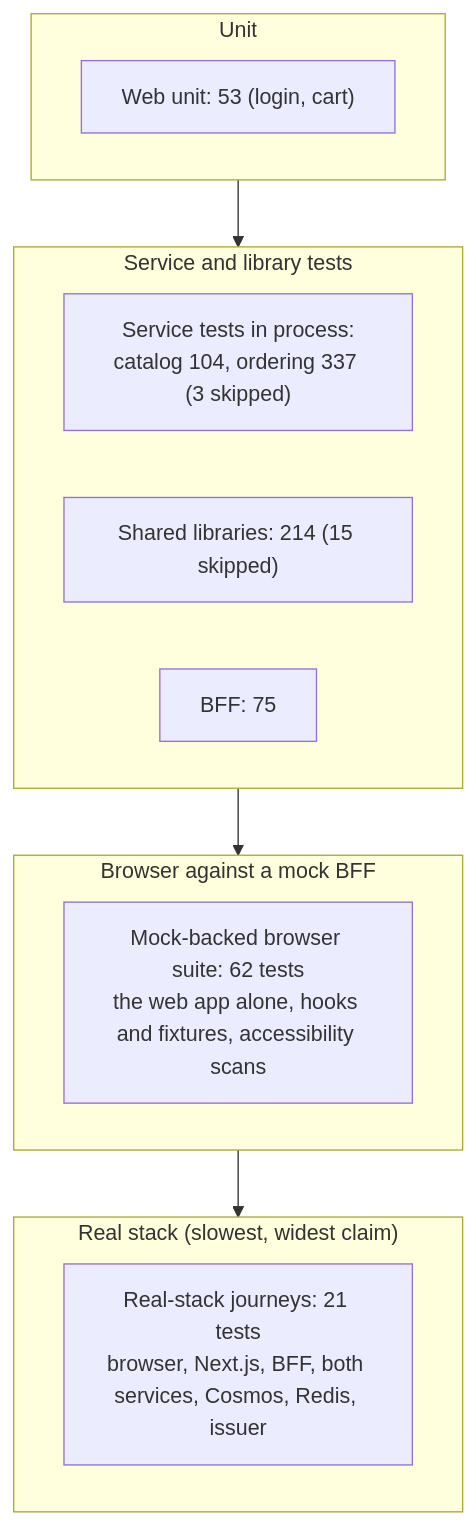
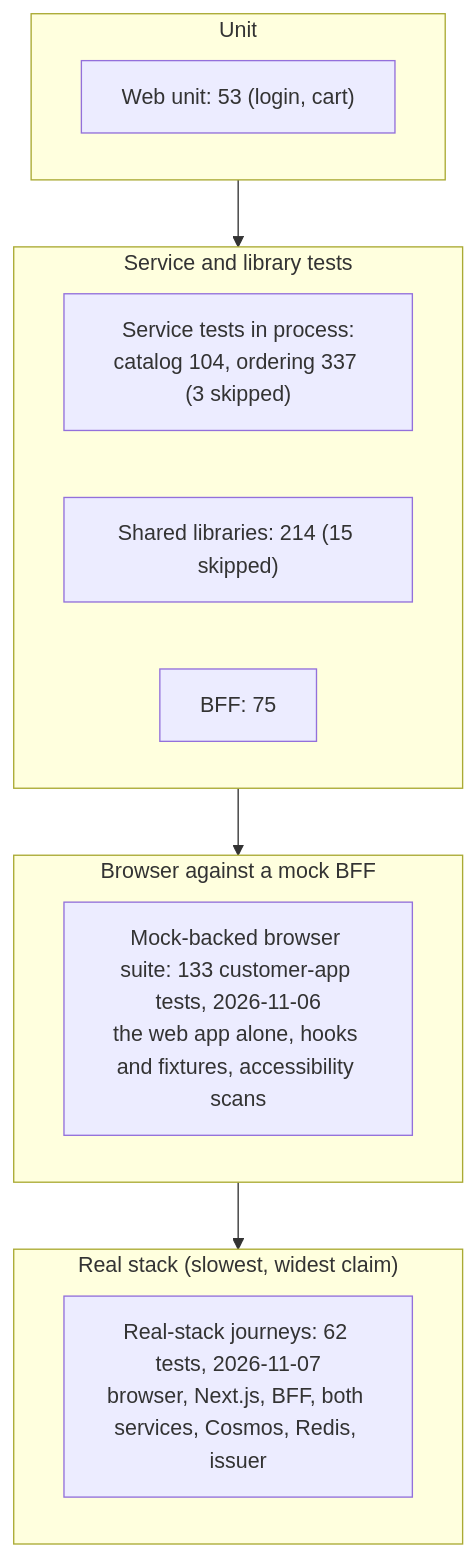
One commit to benjamin-hedrick/bakery-marketplace changed the diagram in docs/process/test-strategy.md. Above: the diagram before and after it, drawn with Mermaid. The commit also changed other lines of this file and 13 other files, not shown here.

````diff
--- a/docs/process/test-strategy.md
+++ b/docs/process/test-strategy.md
@@ -17,18 +17,18 @@
 ```mermaid
 flowchart TB
   subgraph L4["Real stack (slowest, widest claim)"]
-    RS["Real-stack journeys: 21 tests<br/>browser, Next.js, BFF, both services, Cosmos, Redis, issuer"]
+    RS["Real-stack journeys: 62 tests, 2026-11-07<br/>browser, Next.js, BFF, both services, Cosmos, Redis, issuer"]
   end
   subgraph L3["Browser against a mock BFF"]
-    MB["Mock-backed browser suite: 62 tests<br/>the web app alone, hooks and fixtures, accessibility scans"]
+    MB["Mock-backed browser suite: 133 customer-app tests, 2026-11-06<br/>the web app alone, hooks and fixtures, accessibility scans"]
   end
   subgraph L2["Service and library tests"]
     SV["Service tests in process:<br/>catalog 104, ordering 337 (3 skipped)"]
     LB["Shared libraries: 214 (15 skipped)"]
     BF["BFF: 75"]
   end
   subgraph L1["Unit"]
     WU["Web unit: 53 (login, cart)"]
   end
   L1 --> L2 --> L3 --> L4
 ```
````
